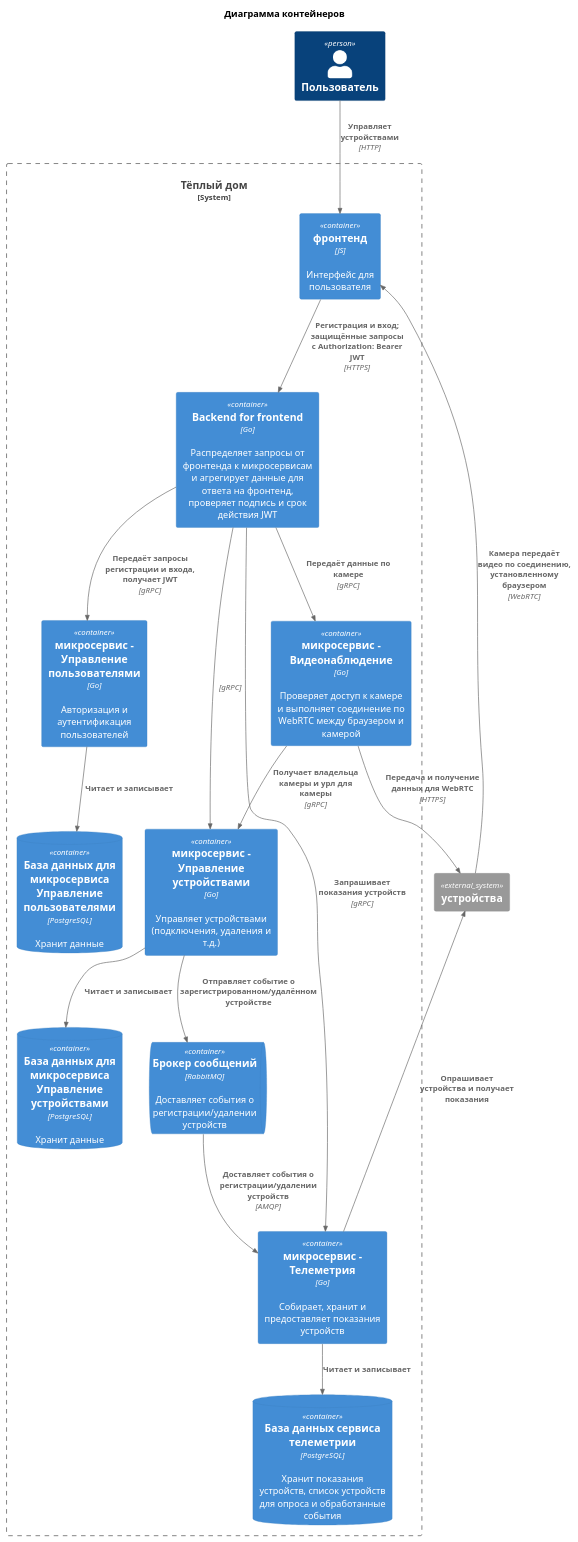
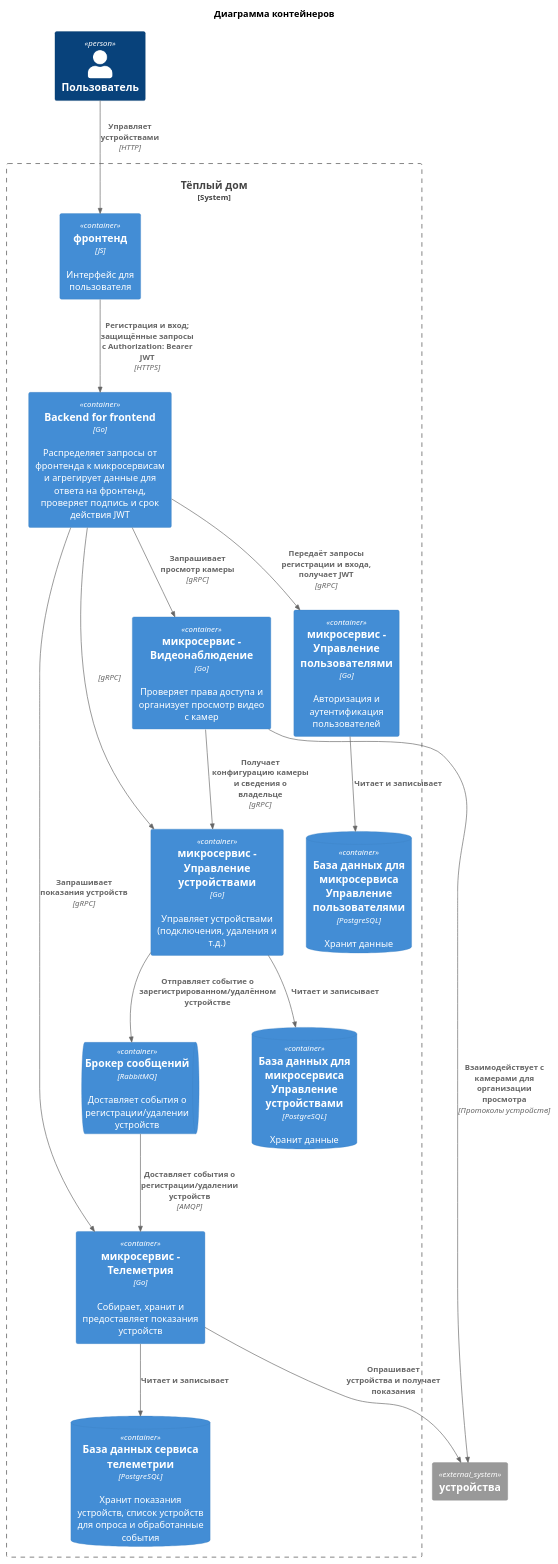
Before and after one commit to NikolosHGW/architecture-pro-warmhouse: the diagram in schemas/2/container.puml, drawn with PlantUML. The commit also changed 1 other file, not shown here.

Commit message:
Задание 2: Диаграмма компонентов - Видеосервис update

```diff
--- a/schemas/2/container.puml
+++ b/schemas/2/container.puml
@@ -1,49 +1,48 @@
 @startuml
 !include <C4/C4_Container>
 
 title Диаграмма контейнеров
 
 Person(user, "Пользователь")
 
 System_Boundary(warmhouse, "Тёплый дом") {
 
     Container(web_client, "фронтенд", "JS", "Интерфейс для пользователя")
 
     Container(bff, "Backend for frontend", "Go", "Распределяет запросы от фронтенда к микросервисам и агрегирует данные для ответа на фронтенд, проверяет подпись и срок действия JWT")
 
     Container(devices, "микросервис - Управление устройствами", "Go", "Управляет устройствами (подключения, удаления и т.д.)")
 
     ContainerDb(devices_db, "База данных для микросервиса Управление устройствами", "PostgreSQL", "Хранит данные")
 
     Container(telemetry, "микросервис - Телеметрия", "Go", "Собирает, хранит и предоставляет показания устройств")
 
     ContainerDb(telemetry_db, "База данных сервиса телеметрии", "PostgreSQL", "Хранит показания устройств, список устройств для опроса и обработанные события")
 
-    Container(video, "микросервис - Видеонаблюдение", "Go", "Проверяет доступ к камере и выполняет соединение по WebRTC между браузером и камерой")
+    Container(video, "микросервис - Видеонаблюдение", "Go", "Проверяет права доступа и организует просмотр видео с камер")
 
     Container(auth, "микросервис - Управление пользователями", "Go", "Авторизация и аутентификация пользователей")
 
     ContainerDb(auth_db, "База данных для микросервиса Управление пользователями", "PostgreSQL", "Хранит данные")
 
     ContainerQueue(rabbitmq, "Брокер сообщений", "RabbitMQ", "Доставляет события о регистрации/удалении устройств")
 }
 
 System_Ext("user_devices", "устройства")
 
 Rel(user, web_client, "Управляет устройствами", "HTTP")
 Rel(web_client, bff, "Регистрация и вход; защищённые запросы с Authorization: Bearer JWT", "HTTPS")
 Rel(bff, devices, "", "gRPC")
 Rel(bff, telemetry, "Запрашивает показания устройств", "gRPC")
-Rel(bff, video, "Передаёт данные по камере", "gRPC")
-Rel(video, devices, "Получает владельца камеры и урл для камеры", "gRPC")
-Rel(video, user_devices, "Передача и получение данных для WebRTC", "HTTPS")
-Rel(user_devices, web_client, "Камера передаёт видео по соединению, установленному браузером", "WebRTC")
+Rel(bff, video, "Запрашивает просмотр камеры", "gRPC")
+Rel(video, devices, "Получает конфигурацию камеры и сведения о владельце", "gRPC")
+Rel(video, user_devices, "Взаимодействует с камерами для организации просмотра", "Протоколы устройств")
 Rel(bff, auth, "Передаёт запросы регистрации и входа, получает JWT", "gRPC")
 Rel(devices, devices_db, "Читает и записывает")
 Rel(telemetry, telemetry_db, "Читает и записывает")
 Rel(auth, auth_db, "Читает и записывает")
 Rel(telemetry, user_devices, "Опрашивает устройства и получает показания")
 Rel(devices, rabbitmq, "Отправляет событие о зарегистрированном/удалённом устройстве")
 Rel(rabbitmq, telemetry, "Доставляет события о регистрации/удалении устройств", "AMQP")
 
 @enduml
```
